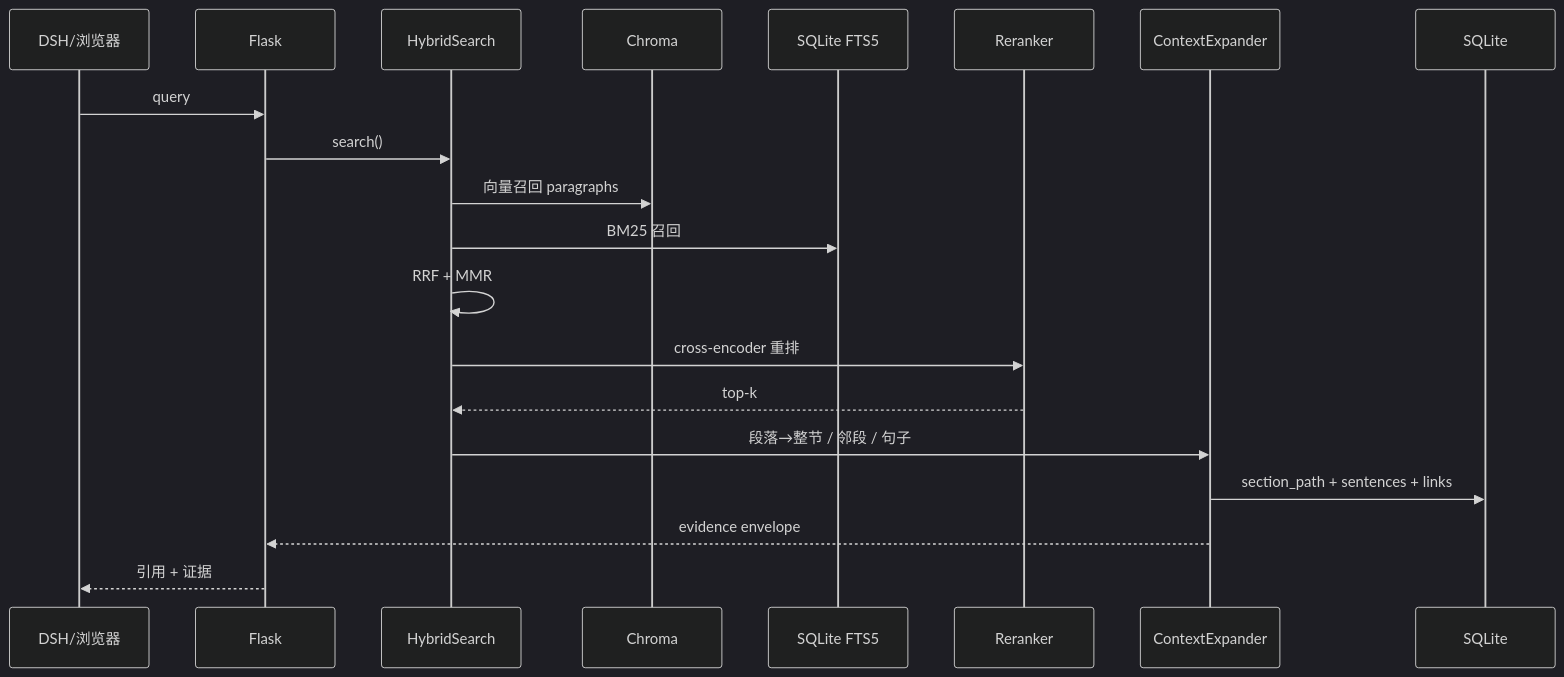
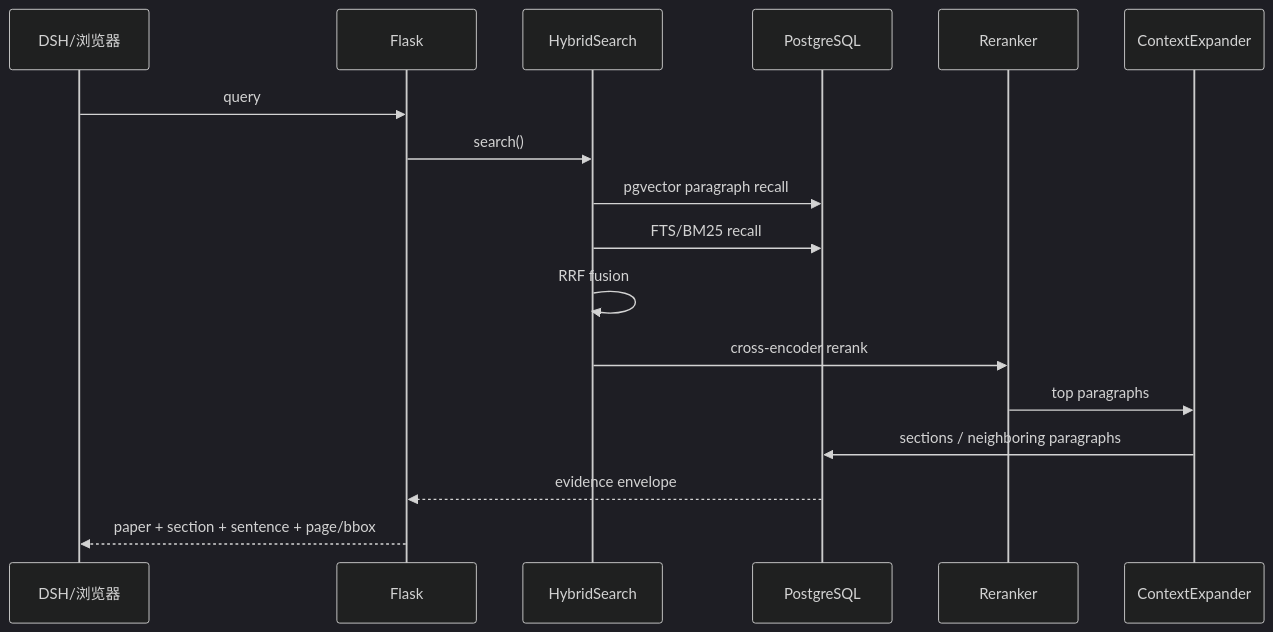
Before and after one commit to williamchen520/sci-pal: the second of 2 diagrams in docs/架构与路由图.md, drawn with Mermaid (dark theme). The commit also changed other lines of this file and 5 other files, not shown here.

Commit message:
docs: rewrite architecture, routes, module manual and README for PG-only [APPROVED_BY_HUMAN]

````diff
--- a/docs/架构与路由图.md
+++ b/docs/架构与路由图.md
@@ -186,23 +228,20 @@
 ```mermaid
 sequenceDiagram
   participant U as DSH/浏览器
   participant API as Flask
   participant HS as HybridSearch
-  participant CH as Chroma
-  participant FTS as SQLite FTS5
+  participant PG as PostgreSQL
   participant RR as Reranker
   participant CE as ContextExpander
-  participant DB as SQLite
 
   U->>API: query
   API->>HS: search()
-  HS->>CH: 向量召回 paragraphs
-  HS->>FTS: BM25 召回
-  HS->>HS: RRF + MMR
-  HS->>RR: cross-encoder 重排
-  RR-->>HS: top-k
-  HS->>CE: 段落→整节 / 邻段 / 句子
-  CE->>DB: section_path + sentences + links
-  CE-->>API: evidence envelope
-  API-->>U: 引用 + 证据
+  HS->>PG: pgvector paragraph recall
+  HS->>PG: FTS/BM25 recall
+  HS->>HS: RRF fusion
+  HS->>RR: cross-encoder rerank
+  RR->>CE: top paragraphs
+  CE->>PG: sections / neighboring paragraphs
+  PG-->>API: evidence envelope
+  API-->>U: paper + section + sentence + page/bbox
 ```
````
